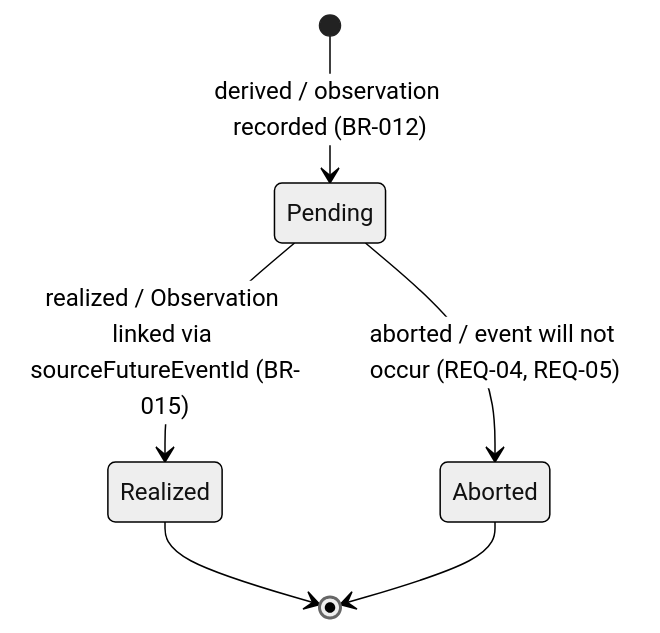
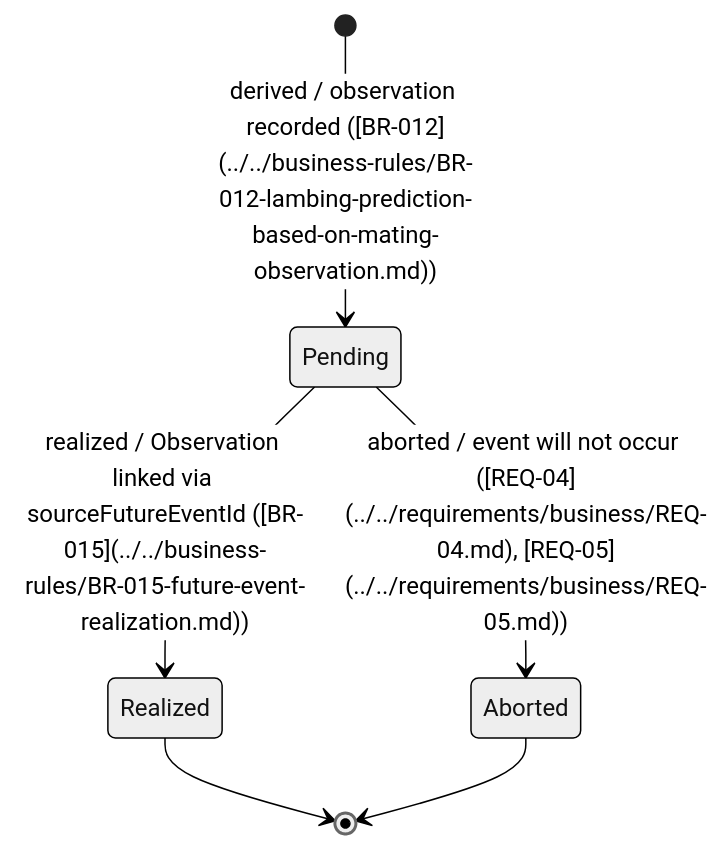
Before and after one commit to lyndametref/geep: the diagram in docs/domain-model/object-model/predicted-event-state-diagram.md, drawn with Mermaid (neutral theme). The commit also changed other lines of this file and 94 other files, not shown here.

````diff
--- a/docs/domain-model/object-model/predicted-event-state-diagram.md
+++ b/docs/domain-model/object-model/predicted-event-state-diagram.md
@@ -23,8 +23,8 @@
 ```mermaid
 stateDiagram-v2
-    [*] --> Pending : derived / observation recorded (BR-012)
-    Pending --> Realized : realized / Observation linked via sourceFutureEventId (BR-015)
-    Pending --> Aborted : aborted / event will not occur (REQ-04, REQ-05)
+    [*] --> Pending : derived / observation recorded ([BR-012](../../business-rules/BR-012-lambing-prediction-based-on-mating-observation.md))
+    Pending --> Realized : realized / Observation linked via sourceFutureEventId ([BR-015](../../business-rules/BR-015-future-event-realization.md))
+    Pending --> Aborted : aborted / event will not occur ([REQ-04](../../requirements/business/REQ-04.md), [REQ-05](../../requirements/business/REQ-05.md))
     Realized --> [*]
     Aborted --> [*]
 ```
````
